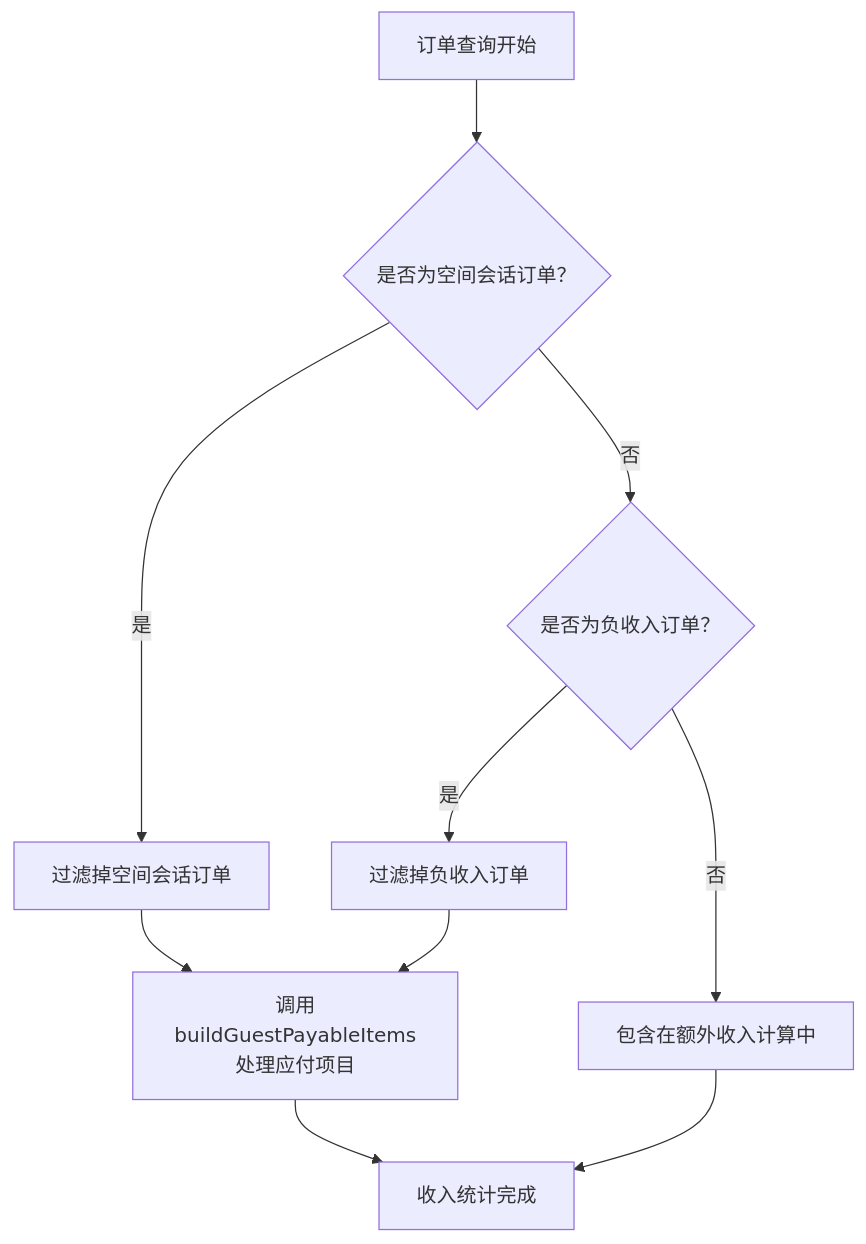
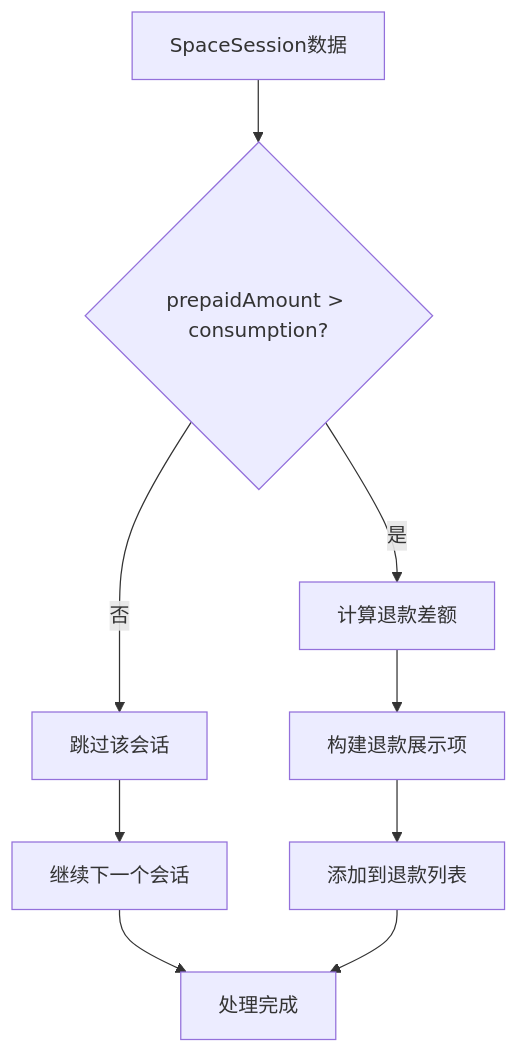
One commit to rc558620/purelyprofit-server changed the tenth of 11 diagrams in .qoder/repowiki/zh/content/业务模块/运营管理模块/交接班管理.md. Above: the diagram before and after it, drawn with Mermaid. The commit also changed other lines of this file and 16 other files, not shown here.

````diff
--- a/.qoder/repowiki/zh/content/业务模块/运营管理模块/交接班管理.md
+++ b/.qoder/repowiki/zh/content/业务模块/运营管理模块/交接班管理.md
@@ -426,12 +427,11 @@
 ```mermaid
 flowchart TD
-A["订单查询开始"] --> B{"是否为空间会话订单？"}
-B --> |是| C["过滤掉空间会话订单"]
-B --> |否| D{"是否为负收入订单？"}
-D --> |是| E["过滤掉负收入订单"]
-D --> |否| F["包含在额外收入计算中"]
-C --> G["调用buildGuestPayableItems处理应付项目"]
-E --> G
-F --> H["收入统计完成"]
+A["SpaceSession数据"] --> B{"prepaidAmount > consumption?"}
+B --> |是| C["计算退款差额"]
+B --> |否| D["跳过该会话"]
+C --> E["构建退款展示项"]
+D --> F["继续下一个会话"]
+E --> G["添加到退款列表"]
+F --> H["处理完成"]
 G --> H
 ```
````
